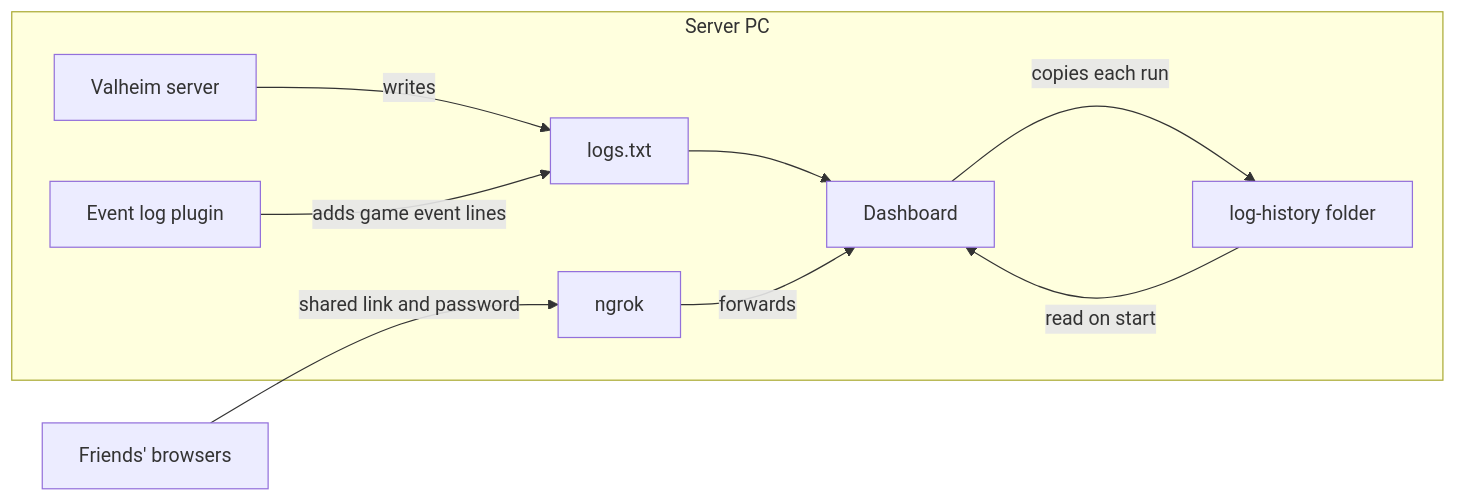
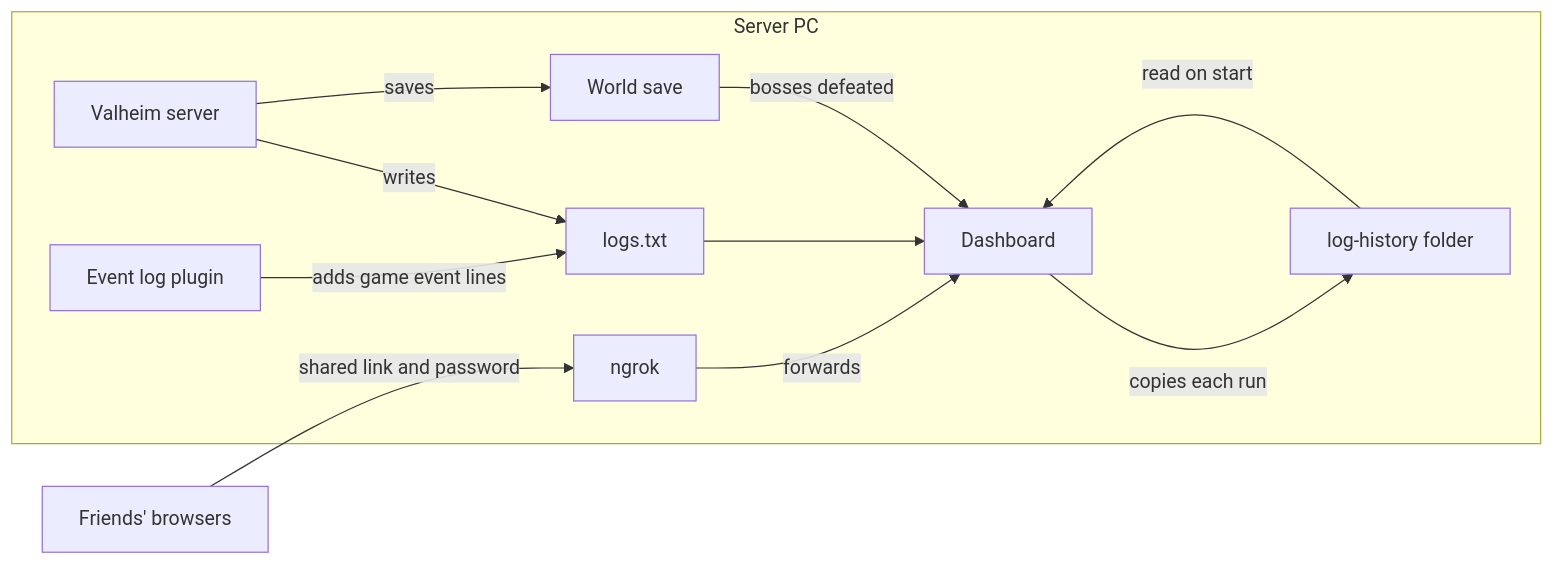
One commit to cristiadu/valheim-dashboard changed the first of 11 diagrams in docs/architecture.md. Above: the diagram before and after it, drawn with Mermaid. The commit also changed other lines of this file and 10 other files, not shown here.

First line of the commit message:
Show bosses defeated before the log was kept, read from the world save

````diff
--- a/docs/architecture.md
+++ b/docs/architecture.md
@@ -6,12 +6,14 @@
 ```mermaid
 flowchart LR
   subgraph pc[Server PC]
     game[Valheim server] -->|writes| log[logs.txt]
     plugin[Event log plugin] -->|adds game event lines| log
     log --> dash[Dashboard]
     dash -->|copies each run| hist[log-history folder]
     hist -->|read on start| dash
+    game -->|saves| save[World save]
+    save -->|bosses defeated| dash
     ngrok[ngrok] -->|forwards| dash
   end
   friends[Friends' browsers] -->|shared link and password| ngrok
 ```
````
